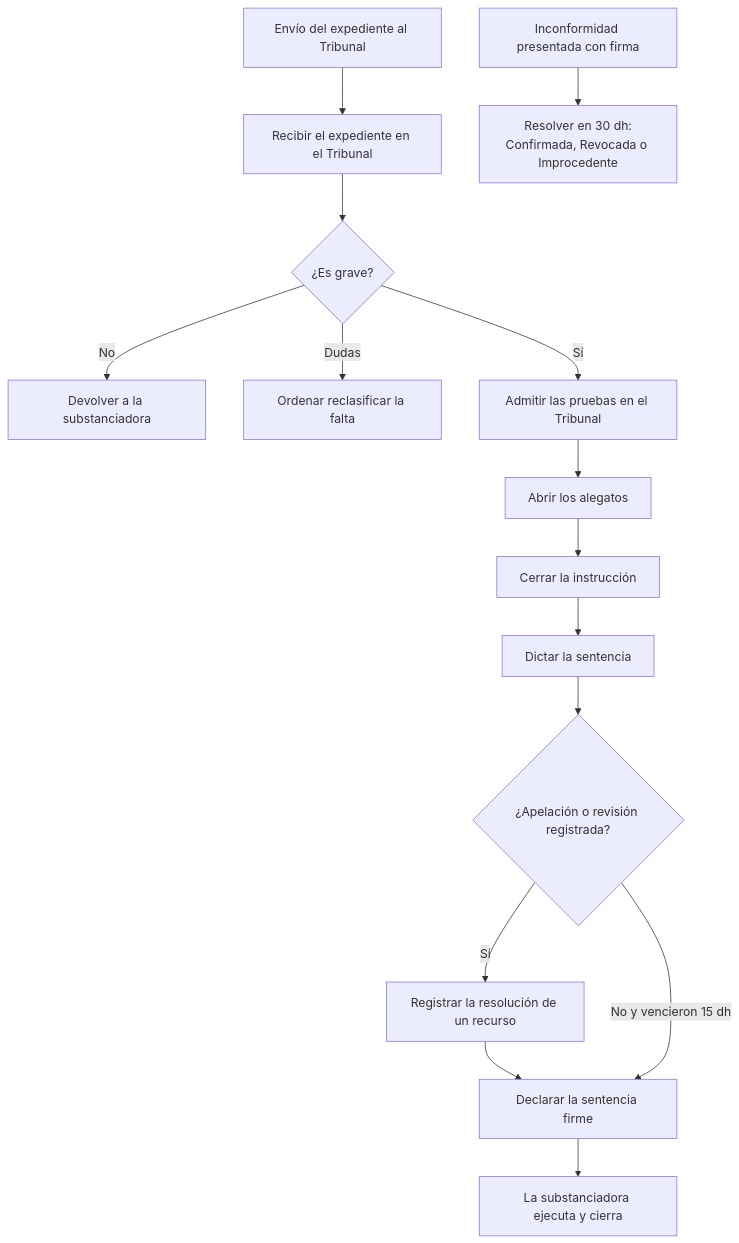
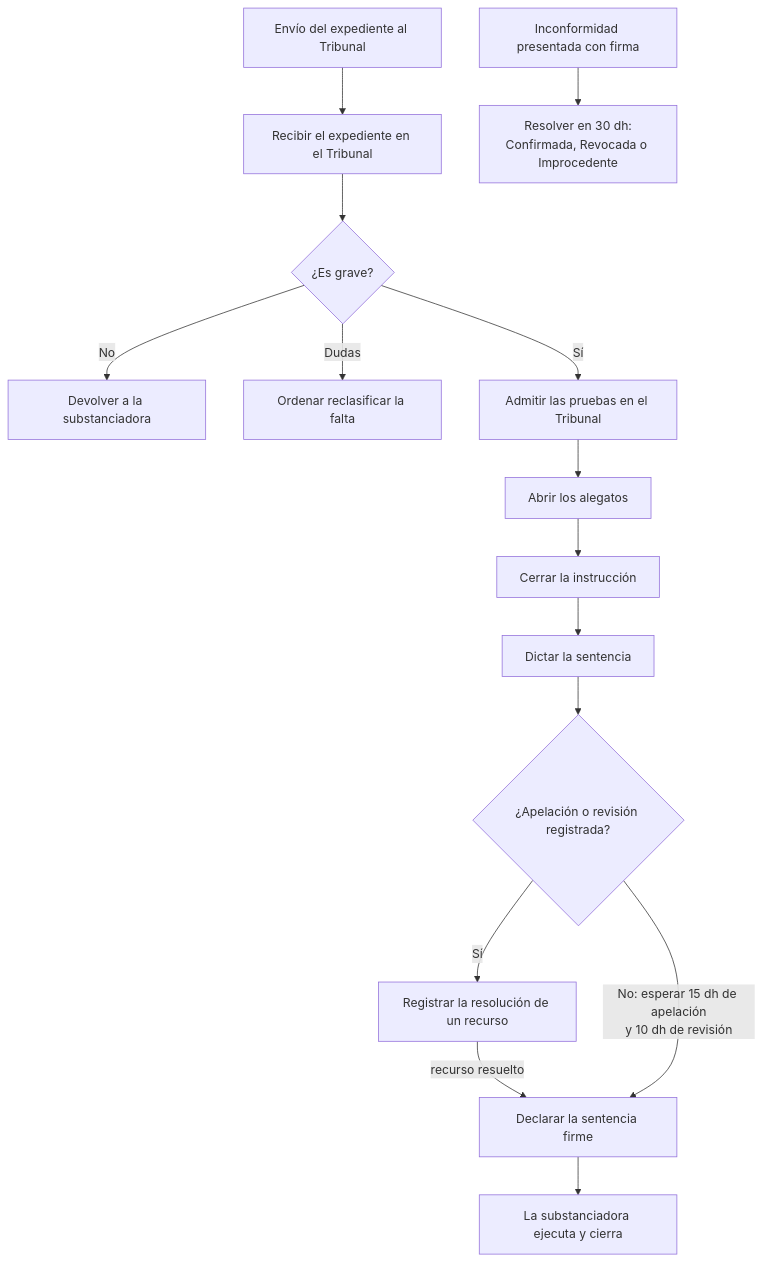
The diagram in docs/manuales/06-tribunal-de-justicia-administrativa.md (GuilleOp/sigilo-s5), drawn with Mermaid before and after one commit. The commit also changed other lines of this file and 9 other files, not shown here.

````diff
--- a/docs/manuales/06-tribunal-de-justicia-administrativa.md
+++ b/docs/manuales/06-tribunal-de-justicia-administrativa.md
@@ -162,17 +187,17 @@
 ```mermaid
 flowchart TD
   A["Envío del expediente al Tribunal"] --> B["Recibir el expediente en el Tribunal"]
   B --> C{"¿Es grave?"}
   C -- "No" --> D["Devolver a la substanciadora"]
   C -- "Dudas" --> E["Ordenar reclasificar la falta"]
   C -- "Sí" --> F["Admitir las pruebas en el Tribunal"]
   F --> G["Abrir los alegatos"]
   G --> H["Cerrar la instrucción"]
   H --> I["Dictar la sentencia"]
   I --> J{"¿Apelación o revisión registrada?"}
   J -- "Sí" --> K["Registrar la resolución de un recurso"]
-  K --> L
-  J -- "No y vencieron 15 dh" --> L["Declarar la sentencia firme"]
+  K -- "recurso resuelto" --> L
+  J -- "No: esperar 15 dh de apelación<br/>y 10 dh de revisión" --> L["Declarar la sentencia firme"]
   L --> M["La substanciadora ejecuta y cierra"]
   N["Inconformidad presentada con firma"] --> O["Resolver en 30 dh:<br/>Confirmada, Revocada o Improcedente"]
 ```
````
